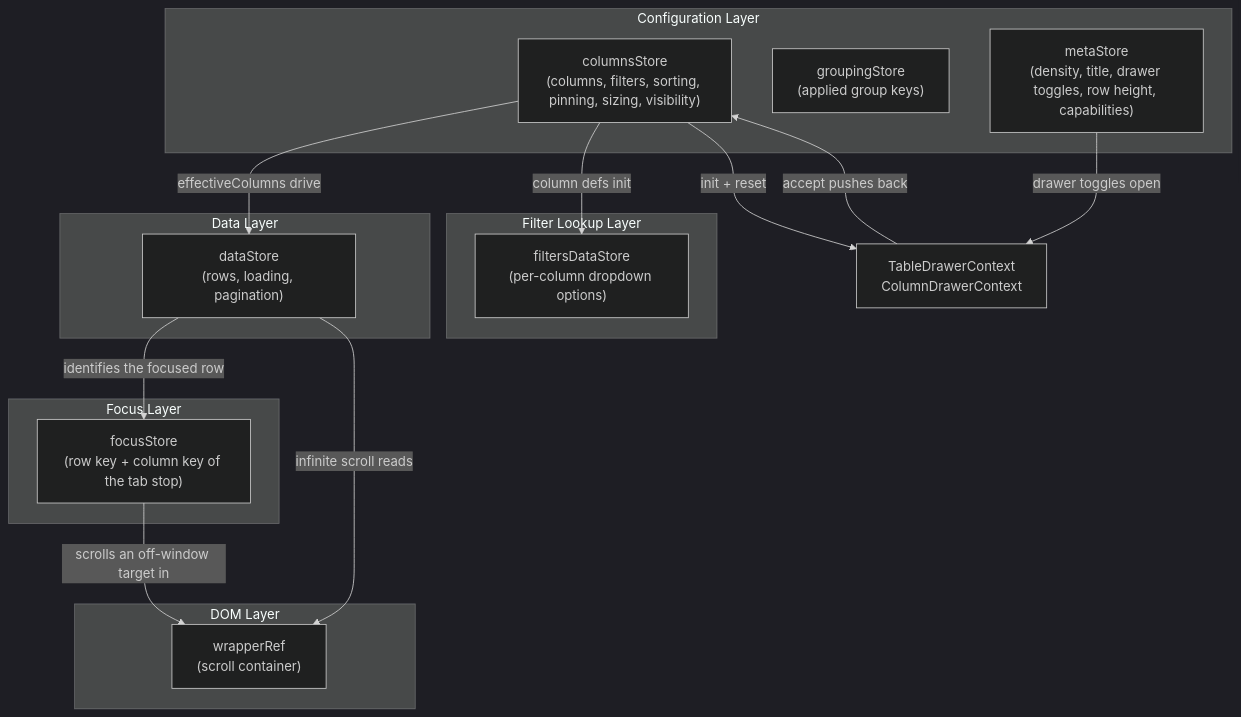
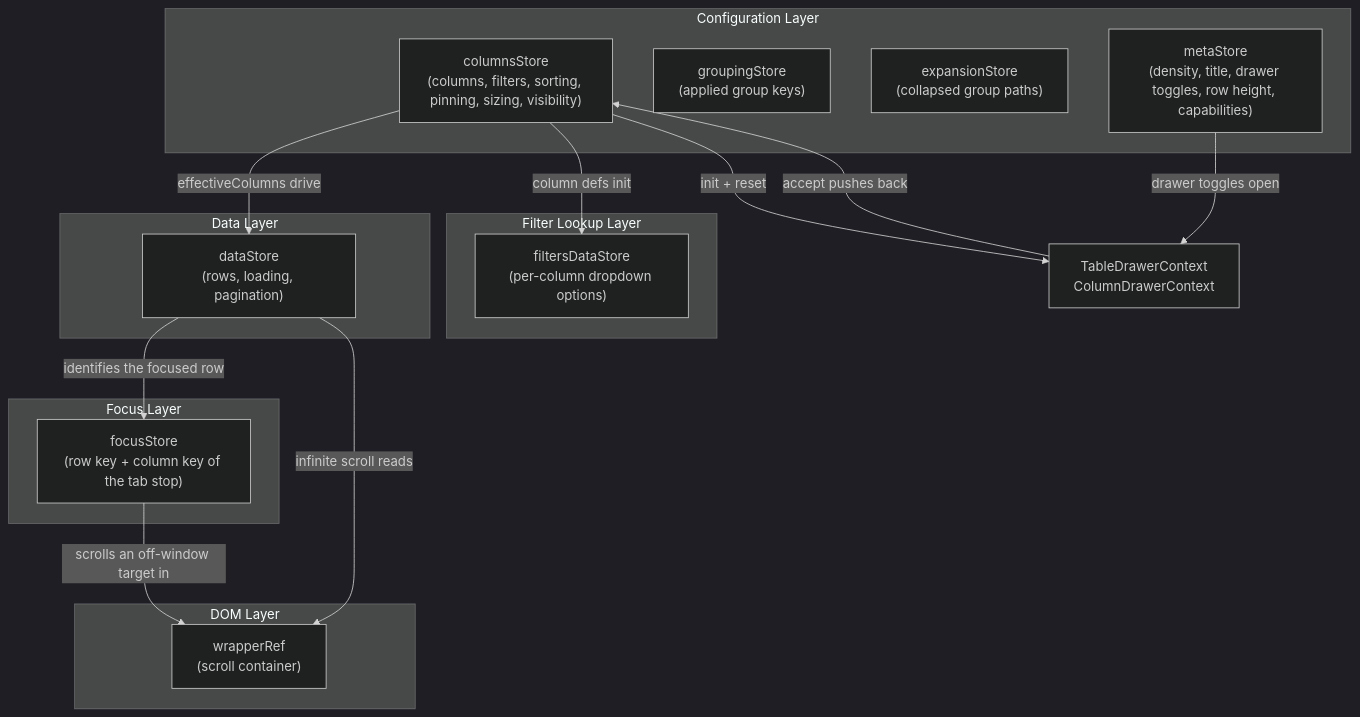
Before and after one commit to luciocabrera/lcabrera-stack: the third of 3 diagrams in packages/ui/src/components/Table/contexts/ARCHITECTURE.md, drawn with Mermaid (dark theme). The commit also changed other lines of this file and 62 other files, not shown here.

First line of the commit message:
feat(ui): path-keyed group expansion and treegrid semantics (#665)

````diff
--- a/packages/ui/src/components/Table/contexts/ARCHITECTURE.md
+++ b/packages/ui/src/components/Table/contexts/ARCHITECTURE.md
@@ -113,33 +117,34 @@
 ```mermaid
 graph TD
   subgraph "Configuration Layer"
     CS["columnsStore<br/>(columns, filters, sorting, pinning, sizing, visibility)"]
     GS["groupingStore<br/>(applied group keys)"]
+    ES["expansionStore<br/>(collapsed group paths)"]
     MS["metaStore<br/>(density, title, drawer toggles, row height, capabilities)"]
   end
 
   subgraph "Filter Lookup Layer"
     FS["filtersDataStore<br/>(per-column dropdown options)"]
   end
 
   subgraph "Data Layer"
     DS["dataStore<br/>(rows, loading, pagination)"]
   end
 
   subgraph "Focus Layer"
     FoS["focusStore<br/>(row key + column key of the tab stop)"]
   end
 
   subgraph "DOM Layer"
     WR["wrapperRef<br/>(scroll container)"]
   end
 
   CS -->|"effectiveColumns drive"| DS
   DS -->|"identifies the focused row"| FoS
   FoS -->|"scrolls an off-window target in"| WR
   CS -->|"column defs init"| FS
   DS -->|"infinite scroll reads"| WR
   MS -->|"drawer toggles open"| DrawerContexts["TableDrawerContext<br/>ColumnDrawerContext"]
   CS -->|"init + reset"| DrawerContexts
   DrawerContexts -->|"accept pushes back"| CS
 ```
````
